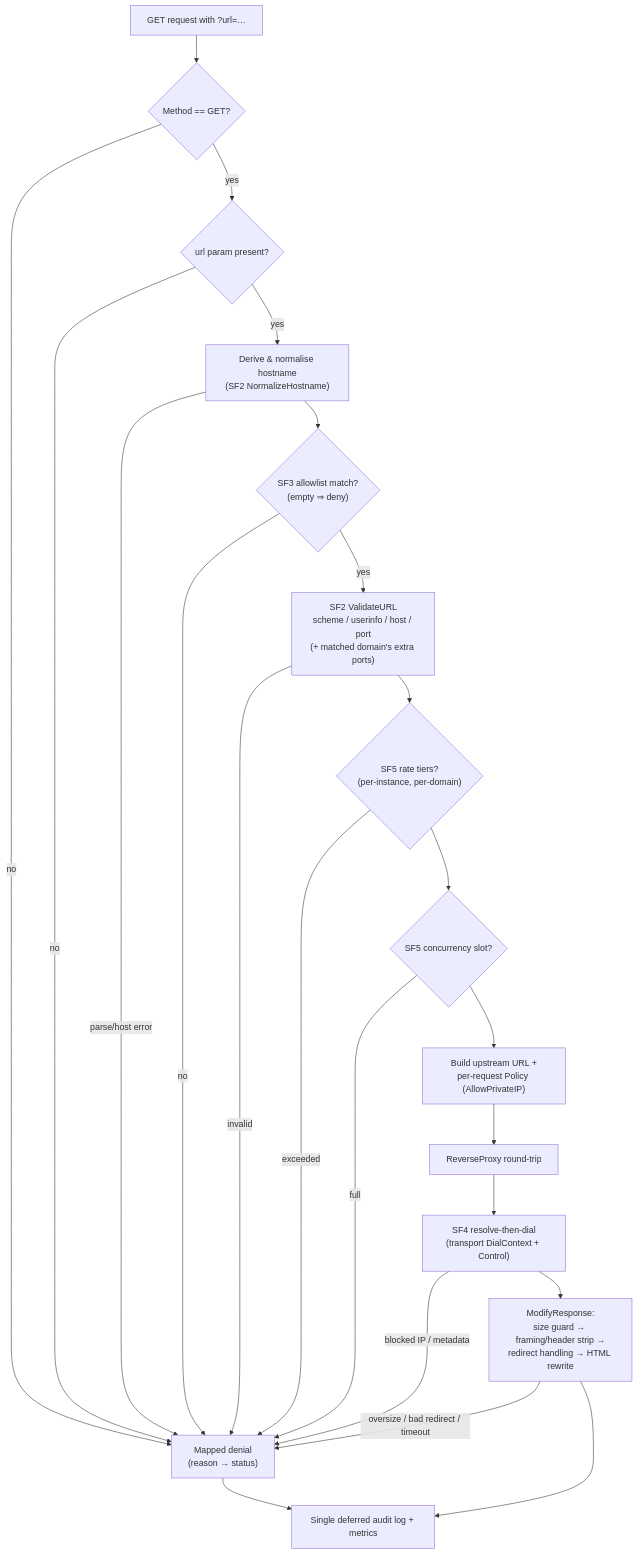
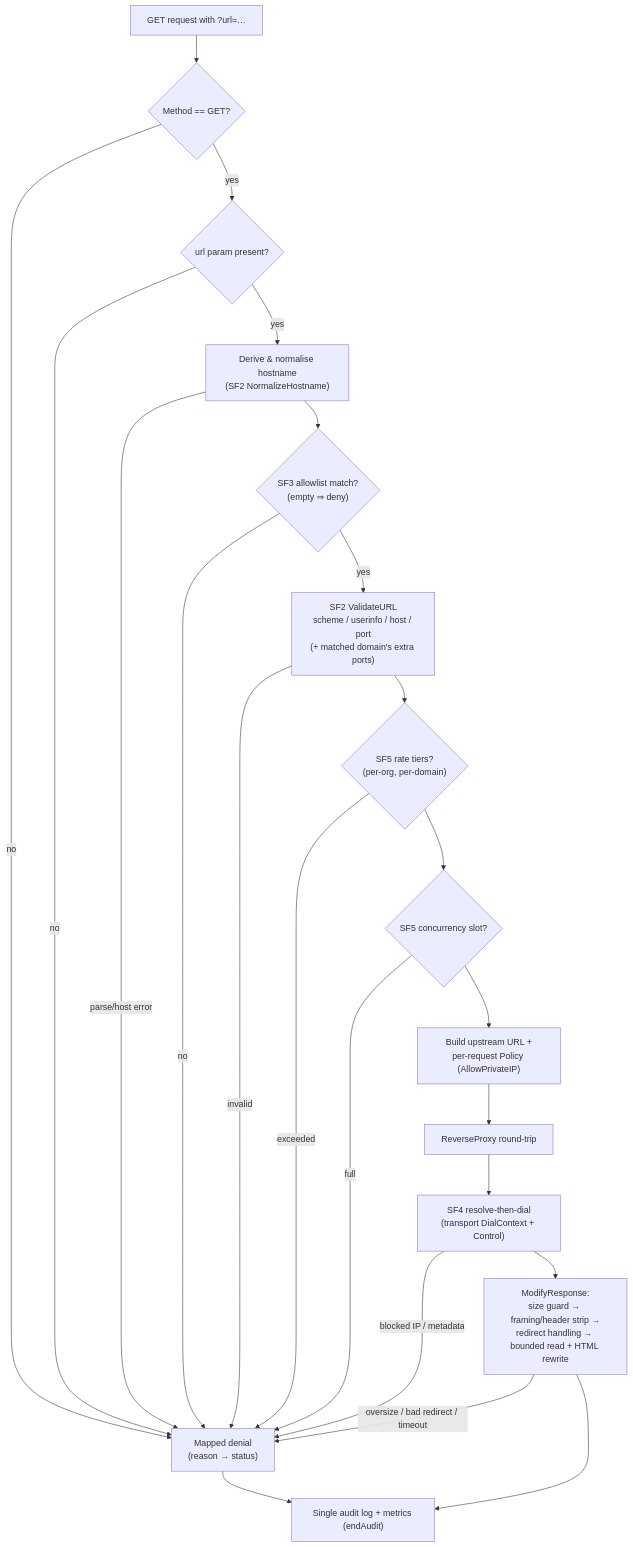
The third of 3 diagrams in docs/architecture.md (wilsonwaters/grafana-webview-app), drawn with Mermaid before and after one commit. The commit also changed other lines of this file and 11 other files, not shown here.

````diff
--- a/docs/architecture.md
+++ b/docs/architecture.md
@@ -129,40 +135,40 @@
 ```mermaid
 flowchart TD
     start["GET request with ?url=…"]
     method{"Method == GET?"}
     urlparam{"url param present?"}
     hostn["Derive & normalise hostname<br/>(SF2 NormalizeHostname)"]
     sf3{"SF3 allowlist match?<br/>(empty ⇒ deny)"}
     sf2["SF2 ValidateURL<br/>scheme / userinfo / host / port<br/>(+ matched domain's extra ports)"]
-    sf5rate{"SF5 rate tiers?<br/>(per-instance, per-domain)"}
+    sf5rate{"SF5 rate tiers?<br/>(per-org, per-domain)"}
     sf5conc{"SF5 concurrency slot?"}
     build["Build upstream URL +<br/>per-request Policy (AllowPrivateIP)"]
     rp["ReverseProxy round-trip"]
     sf4["SF4 resolve-then-dial<br/>(transport DialContext + Control)"]
-    modresp["ModifyResponse:<br/>size guard → framing/header strip →<br/>redirect handling → HTML rewrite"]
+    modresp["ModifyResponse:<br/>size guard → framing/header strip →<br/>redirect handling → bounded read + HTML rewrite"]
     deny["Mapped denial<br/>(reason → status)"]
-    audit["Single deferred audit log + metrics"]
+    audit["Single audit log + metrics (endAudit)"]
 
     start --> method
     method -->|no| deny
     method -->|yes| urlparam
     urlparam -->|no| deny
     urlparam -->|yes| hostn
     hostn -->|parse/host error| deny
     hostn --> sf3
     sf3 -->|no| deny
     sf3 -->|yes| sf2
     sf2 -->|invalid| deny
     sf2 --> sf5rate
     sf5rate -->|exceeded| deny
     sf5rate --> sf5conc
     sf5conc -->|full| deny
     sf5conc --> build
     build --> rp
     rp --> sf4
     sf4 -->|blocked IP / metadata| deny
     sf4 --> modresp
     modresp -->|oversize / bad redirect / timeout| deny
     modresp --> audit
     deny --> audit
 ```
````
